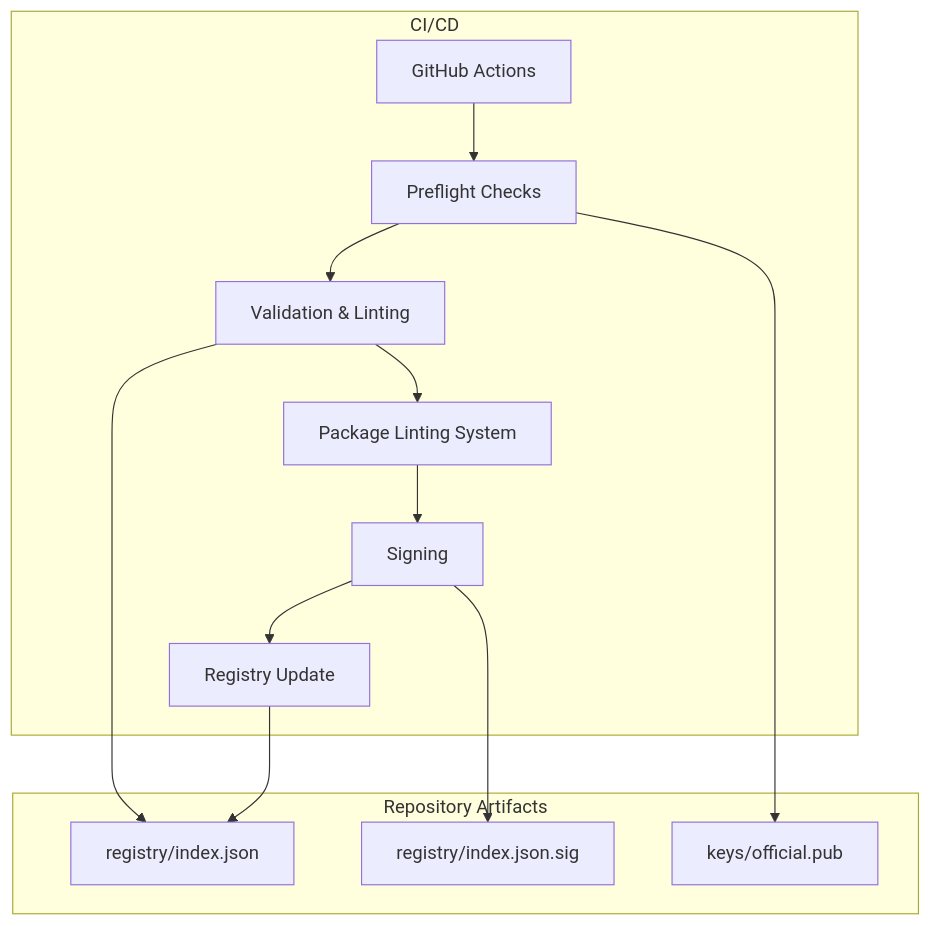
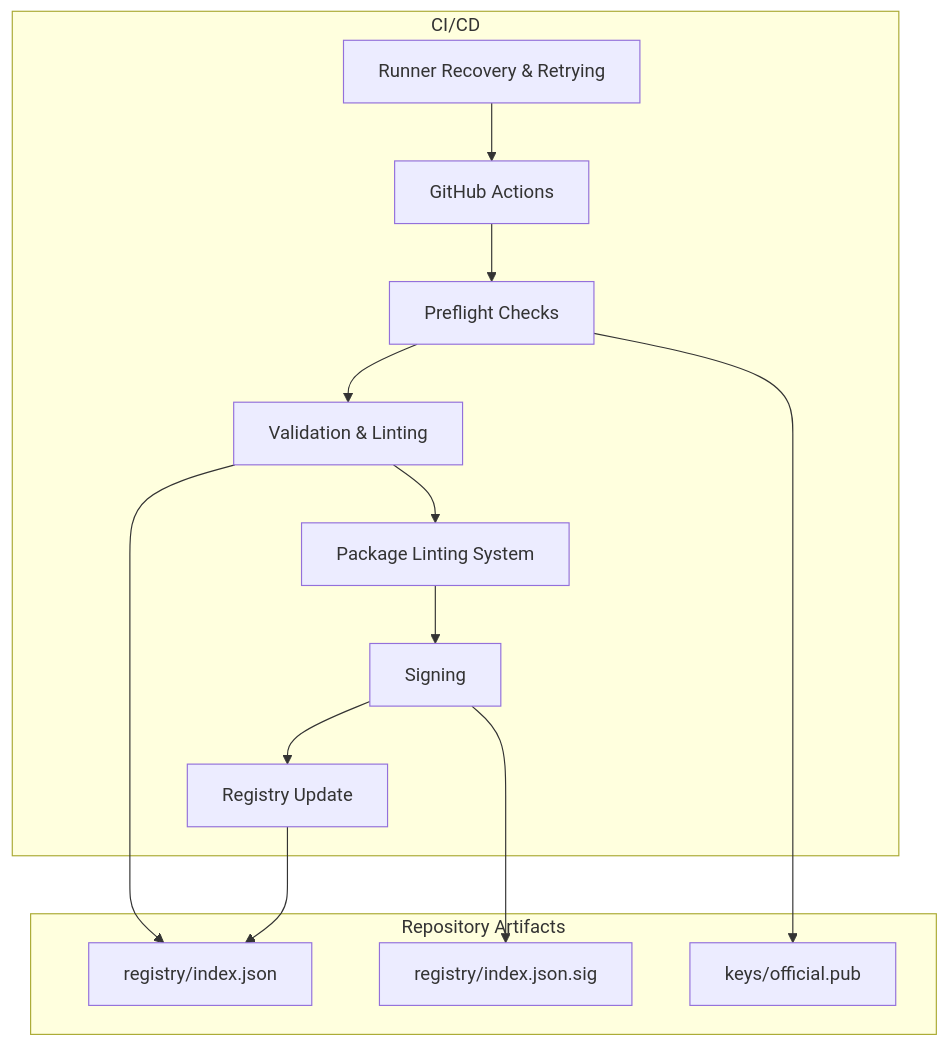
One commit to tonythethompson/numan-registry changed the first of 3 diagrams in .qoder/repowiki/en/content/CI_CD Integration.md. Above: the diagram before and after it, drawn with Mermaid. The commit also changed other lines of this file and 14 other files, not shown here.

````diff
--- a/.qoder/repowiki/en/content/CI_CD Integration.md
+++ b/.qoder/repowiki/en/content/CI_CD Integration.md
@@ -53,21 +54,23 @@
 ```mermaid
 graph TB
 subgraph "CI/CD"
 GH["GitHub Actions"]
 Preflight["Preflight Checks"]
 Validate["Validation & Linting"]
 Lint["Package Linting System"]
 Sign["Signing"]
 Update["Registry Update"]
+Recovery["Runner Recovery & Retrying"]
 end
 subgraph "Repository Artifacts"
 Index["registry/index.json"]
 Sig["registry/index.json.sig"]
 PubKey["keys/official.pub"]
 end
 GH --> Preflight --> Validate --> Lint --> Sign --> Update
 Update --> Index
 Sign --> Sig
 Validate --> Index
 Preflight --> PubKey
+Recovery --> GH
 ```
````
